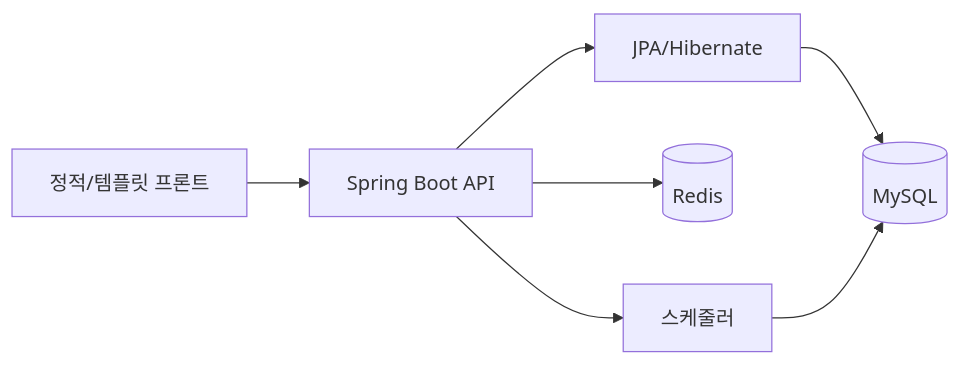
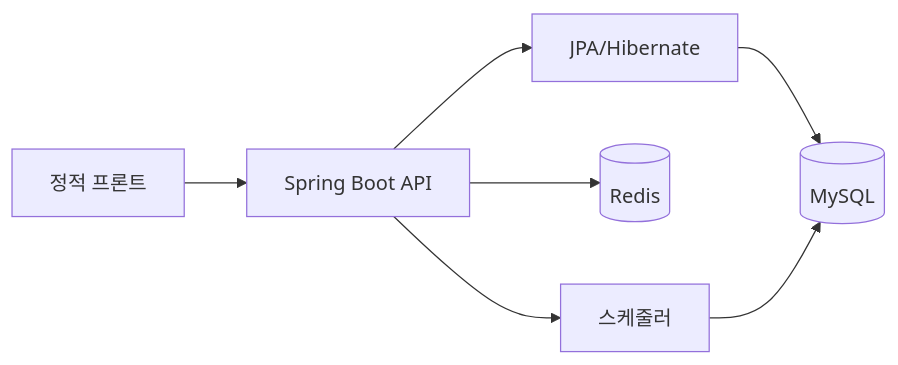
Before and after one commit to kiy3035/Ticketing: the second of 3 diagrams in README.md, drawn with Mermaid. The commit also changed other lines of this file and 23 other files, not shown here.

````diff
--- a/README.md
+++ b/README.md
@@ -22,9 +22,9 @@
 ```mermaid
 flowchart LR
-    FE[정적/템플릿 프론트] --> API[Spring Boot API]
+    FE[정적 프론트] --> API[Spring Boot API]
     API --> JPA[JPA/Hibernate]
     JPA --> DB[(MySQL)]
     API --> R[(Redis)]
     API --> S[스케줄러]
     S --> DB
 ```
````
